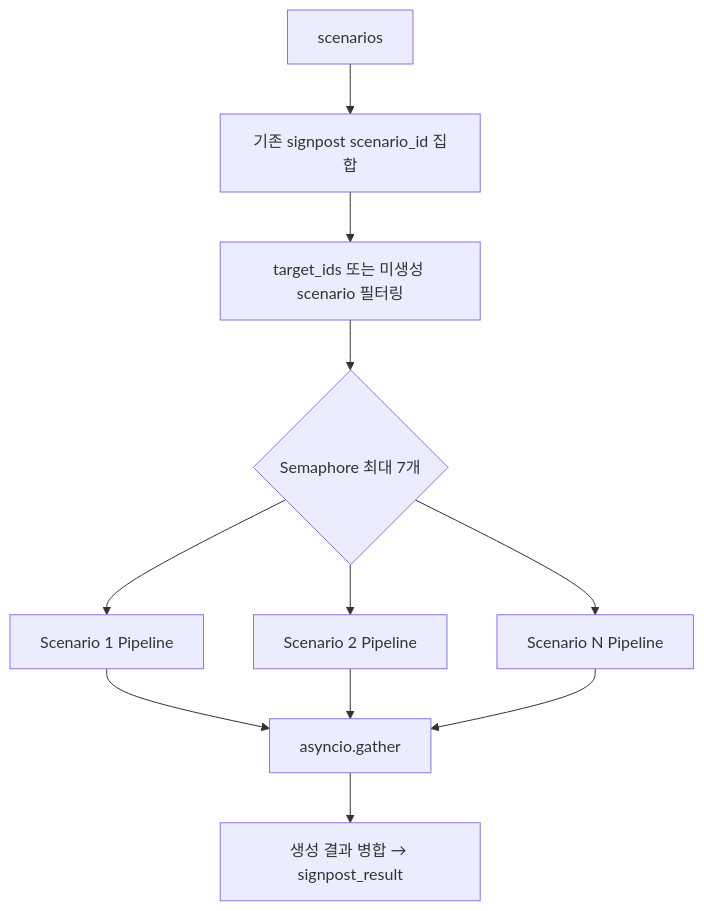
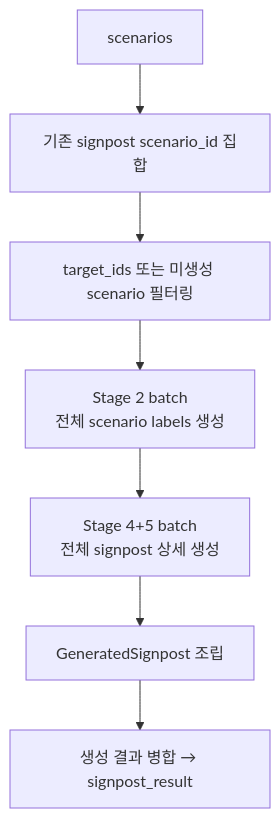
Before and after one commit to enkhbaatarL/skmip-mi-agent: the fifth of 8 diagrams in docs/architectures/scenario_group_agent_flow_pipeline.md, drawn with Mermaid. The commit also changed other lines of this file and 1 other file, not shown here.

Commit message:
llm batch 호출

````diff
--- a/docs/architectures/scenario_group_agent_flow_pipeline.md
+++ b/docs/architectures/scenario_group_agent_flow_pipeline.md
@@ -307,13 +311,9 @@
 ```mermaid
 flowchart TD
     A[scenarios] --> B[기존 signpost scenario_id 집합]
     B --> C[target_ids 또는 미생성 scenario 필터링]
-    C --> D{Semaphore 최대 7개}
-    D --> G1[Scenario 1 Pipeline]
-    D --> G2[Scenario 2 Pipeline]
-    D --> G3[Scenario N Pipeline]
-    G1 --> H[asyncio.gather]
-    G2 --> H
-    G3 --> H
-    H --> I[생성 결과 병합 → signpost_result]
+    C --> D[Stage 2 batch<br/>전체 scenario labels 생성]
+    D --> E[Stage 4+5 batch<br/>전체 signpost 상세 생성]
+    E --> F[GeneratedSignpost 조립]
+    F --> G[생성 결과 병합 → signpost_result]
 ```
````
